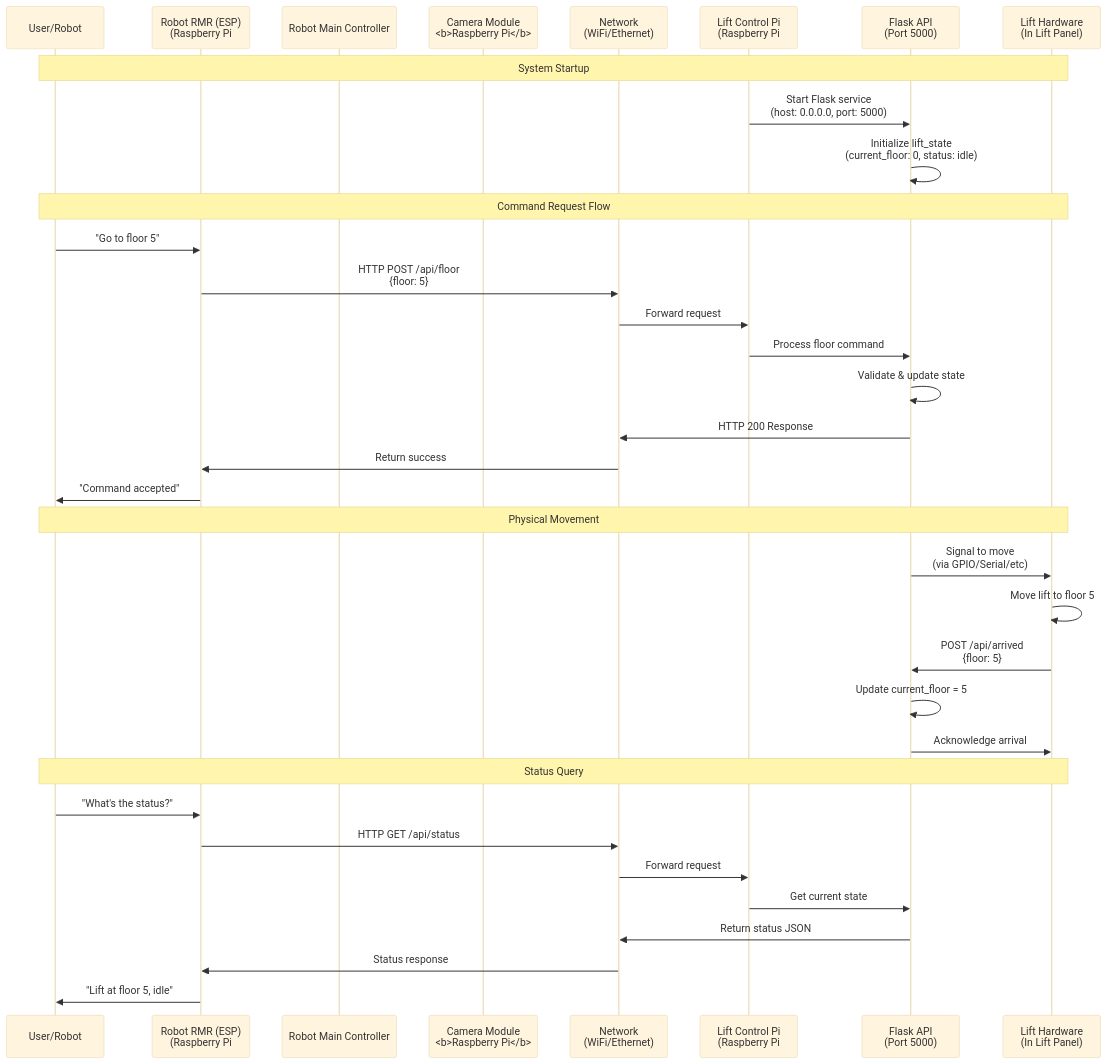
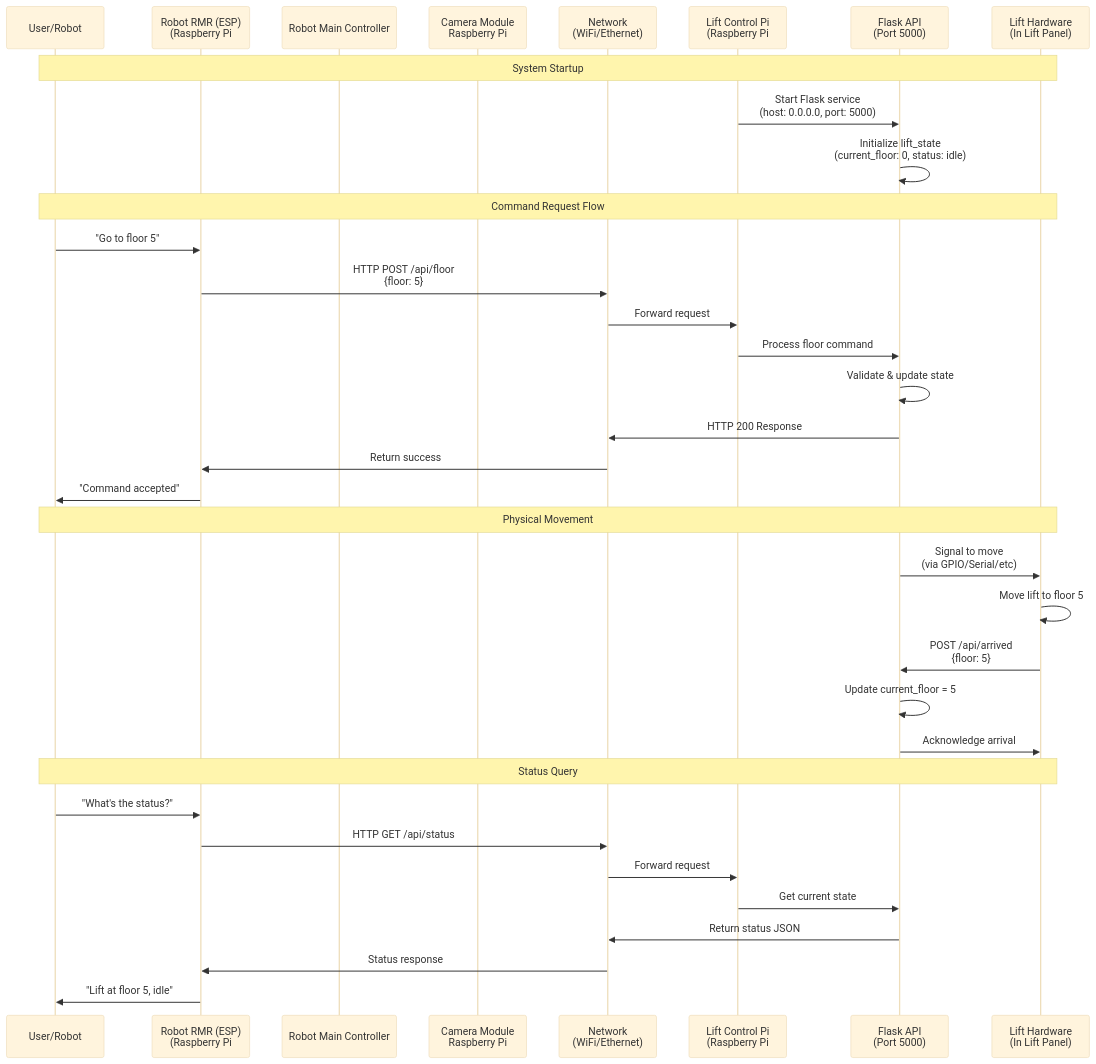
One commit to in-is-ah/rmr changed the third of 4 diagrams in sequence_diagram.md. Above: the diagram before and after it, drawn with Mermaid (base theme). The commit also changed other lines of this file, not shown here.

Commit message:
Remove HTML bold tags from CameraModule participant

````diff
--- a/sequence_diagram.md
+++ b/sequence_diagram.md
@@ -68,41 +68,41 @@
 ```mermaid
 sequenceDiagram
     participant User as User/Robot
     participant ClientPi as Robot RMR (ESP)<br/>(Raspberry Pi #1)
     participant RobotMainController as Robot Main Controller
-    participant CameraModule as Camera Module<br/><b>Raspberry Pi</b>
+    participant CameraModule as Camera Module<br/>Raspberry Pi
     participant Network as Network<br/>(WiFi/Ethernet)
     participant LiftPi as Lift Control Pi<br/>(Raspberry Pi #2)
     participant LiftService as Flask API<br/>(Port 5000)
     participant LiftHardware as Lift Hardware<br/>(In Lift Panel)
 
     Note over User,LiftHardware: System Startup
     LiftPi->>LiftService: Start Flask service<br/>(host: 0.0.0.0, port: 5000)
     LiftService->>LiftService: Initialize lift_state<br/>(current_floor: 0, status: idle)
     
     Note over User,LiftHardware: Command Request Flow
     User->>ClientPi: "Go to floor 5"
     ClientPi->>Network: HTTP POST /api/floor<br/>{floor: 5}
     Network->>LiftPi: Forward request
     LiftPi->>LiftService: Process floor command
     LiftService->>LiftService: Validate & update state
     LiftService->>Network: HTTP 200 Response
     Network->>ClientPi: Return success
     ClientPi->>User: "Command accepted"
     
     Note over User,LiftHardware: Physical Movement
     LiftService->>LiftHardware: Signal to move<br/>(via GPIO/Serial/etc)
     LiftHardware->>LiftHardware: Move lift to floor 5
     LiftHardware->>LiftService: POST /api/arrived<br/>{floor: 5}
     LiftService->>LiftService: Update current_floor = 5
     LiftService->>LiftHardware: Acknowledge arrival
     
     Note over User,LiftHardware: Status Query
     User->>ClientPi: "What's the status?"
     ClientPi->>Network: HTTP GET /api/status
     Network->>LiftPi: Forward request
     LiftPi->>LiftService: Get current state
     LiftService->>Network: Return status JSON
     Network->>ClientPi: Status response
     ClientPi->>User: "Lift at floor 5, idle"
 ```
````
